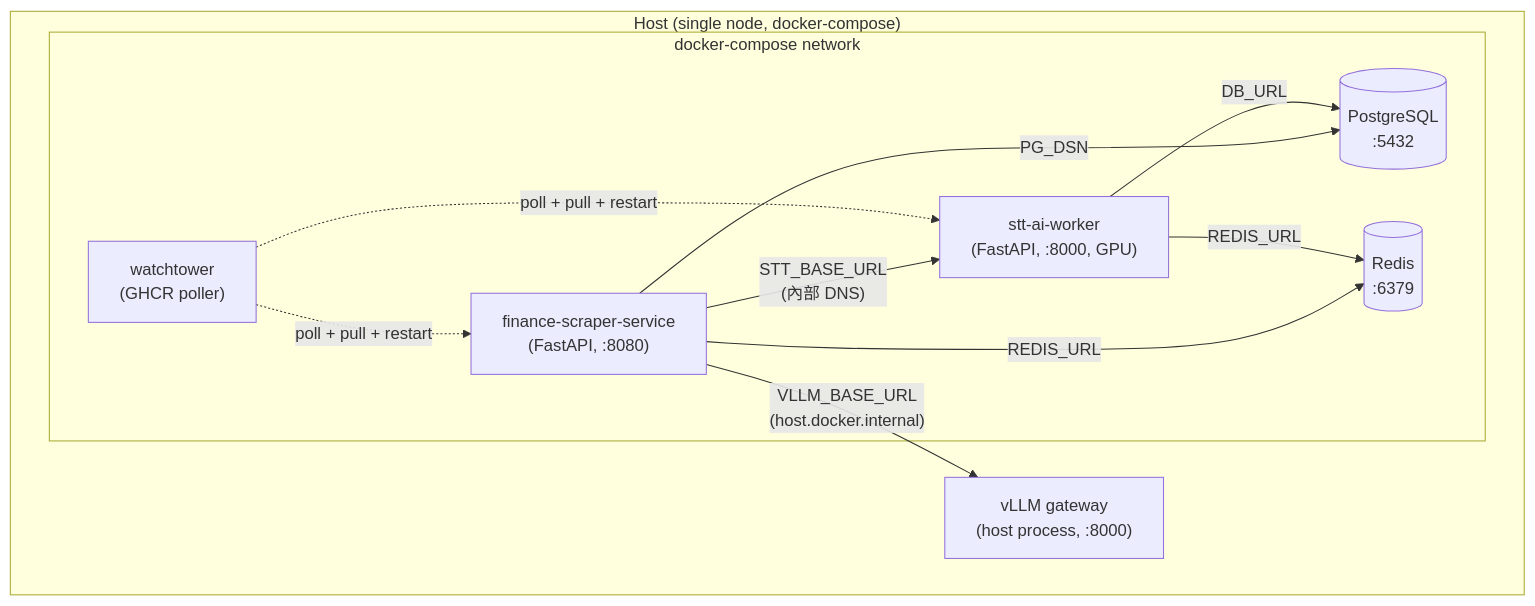
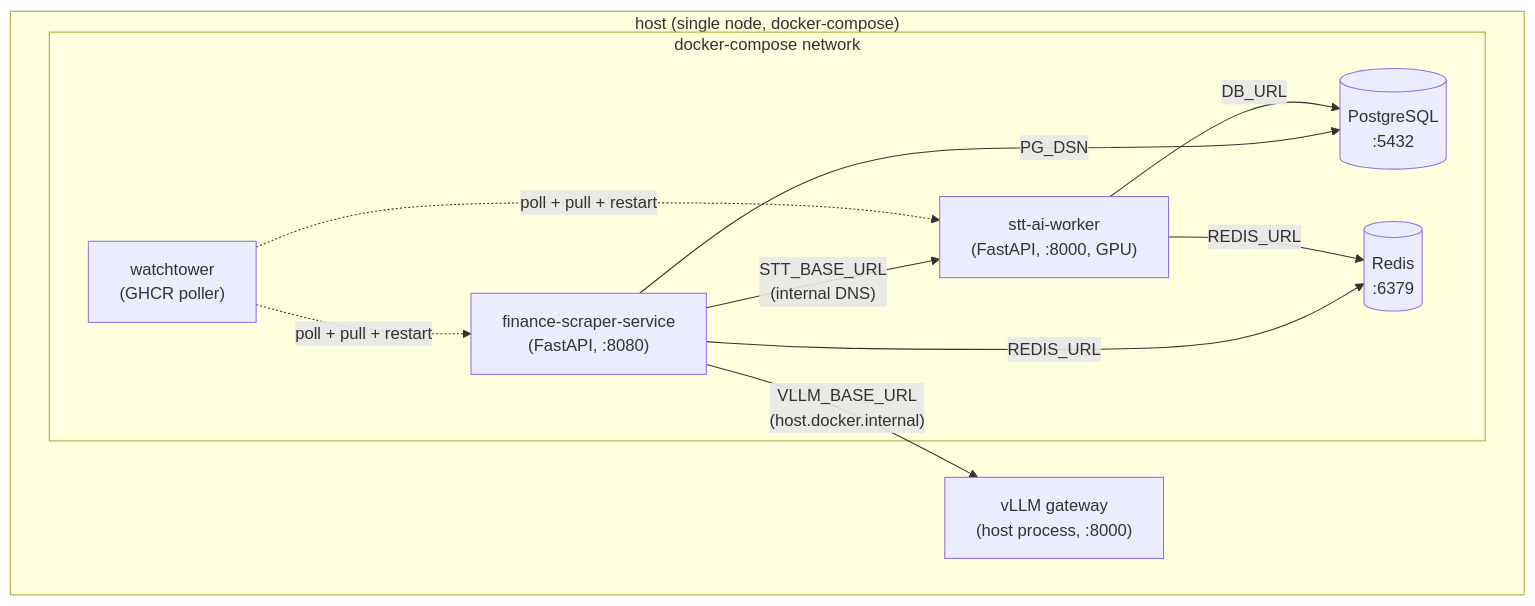
One commit to pei9564/ai-finance-infra changed the diagram in README.md. Above: the diagram before and after it, drawn with Mermaid. The commit also changed other lines of this file, not shown here.

````diff
--- a/README.md
+++ b/README.md
@@ -28,22 +32,22 @@
 ```mermaid
 flowchart TB
-    subgraph host["Host (single node, docker-compose)"]
+    subgraph host["host (single node, docker-compose)"]
         subgraph compose["docker-compose network"]
             scraper["finance-scraper-service<br/>(FastAPI, :8080)"]
             stt["stt-ai-worker<br/>(FastAPI, :8000, GPU)"]
             pg[("PostgreSQL<br/>:5432")]
             redis[("Redis<br/>:6379")]
             watchtower["watchtower<br/>(GHCR poller)"]
         end
         vllm["vLLM gateway<br/>(host process, :8000)"]
     end
 
     scraper -- "PG_DSN" --> pg
     stt -- "DB_URL" --> pg
     scraper -- "REDIS_URL" --> redis
     stt -- "REDIS_URL" --> redis
     scraper -- "VLLM_BASE_URL<br/>(host.docker.internal)" --> vllm
-    scraper -- "STT_BASE_URL<br/>(內部 DNS)" --> stt
+    scraper -- "STT_BASE_URL<br/>(internal DNS)" --> stt
     watchtower -. "poll + pull + restart" .-> scraper
     watchtower -. "poll + pull + restart" .-> stt
 ```
````
